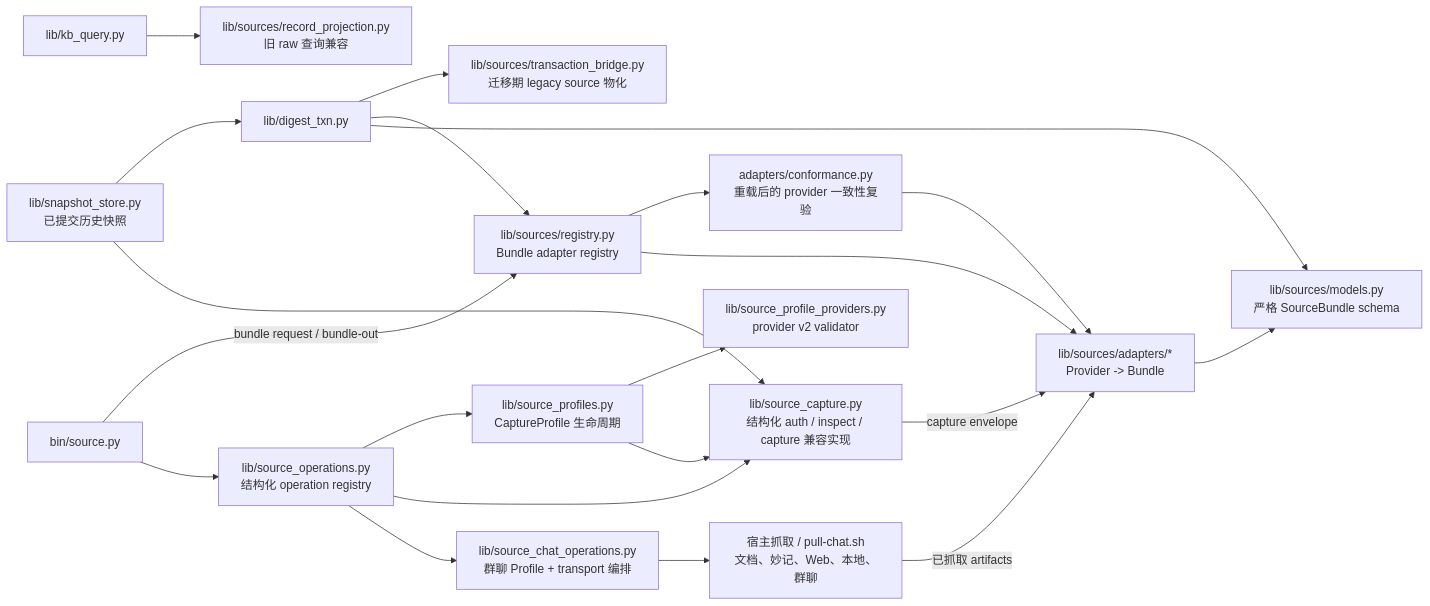
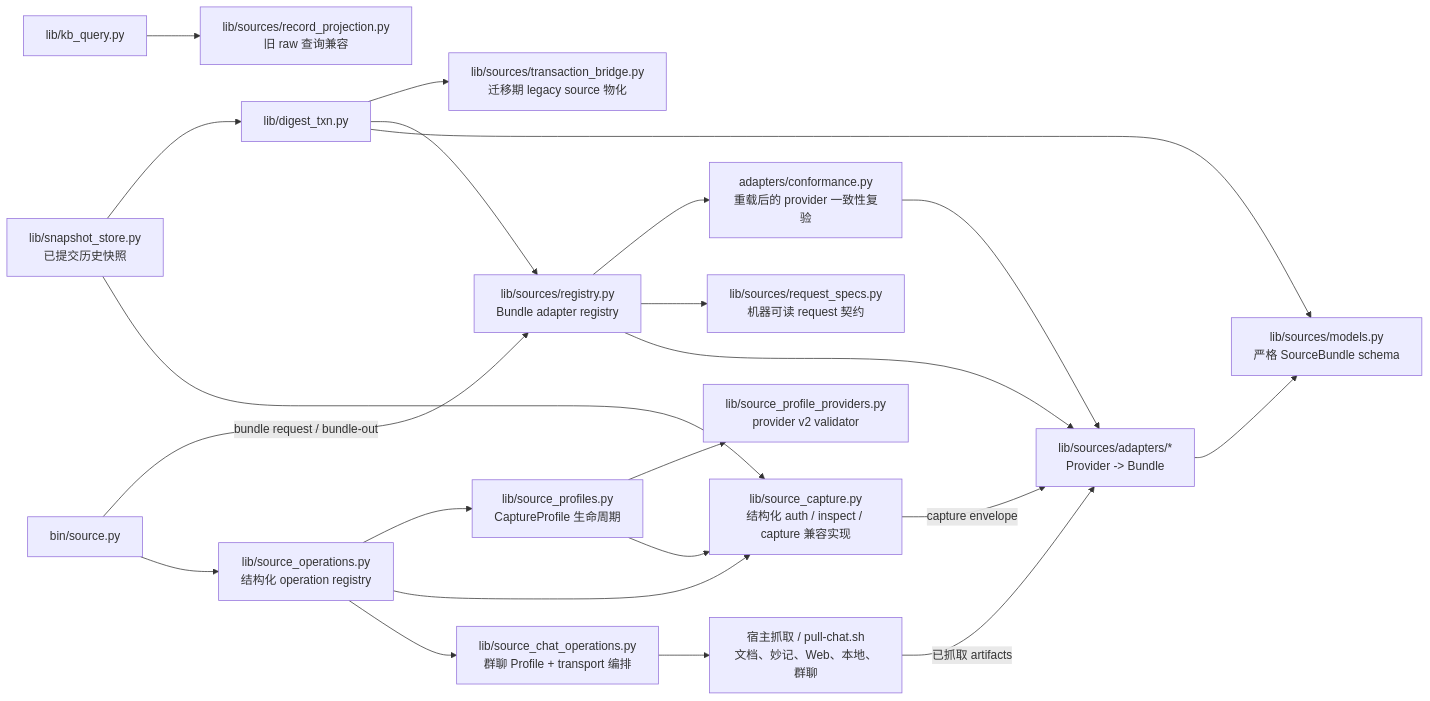
Before and after one commit to ranjiao/byteworker: diagram 13 of 19 in ARCHITECTURE.md, drawn with Mermaid. The commit also changed other lines of this file and 31 other files, not shown here.

````diff
--- a/ARCHITECTURE.md
+++ b/ARCHITECTURE.md
@@ -527,40 +528,42 @@
 ```mermaid
 flowchart LR
     CLI["bin/source.py"]
     OPS["lib/source_operations.py<br/>结构化 operation registry"]
     CHATOPS["lib/source_chat_operations.py<br/>群聊 Profile + transport 编排"]
     CAP["lib/source_capture.py<br/>结构化 auth / inspect / capture 兼容实现"]
     HOST["宿主抓取 / pull-chat.sh<br/>文档、妙记、Web、本地、群聊"]
     PROF["lib/source_profiles.py<br/>CaptureProfile 生命周期"]
     PROFV["lib/source_profile_providers.py<br/>provider v2 validator"]
     ADP["lib/sources/adapters/*<br/>Provider -> Bundle"]
+    SPEC["lib/sources/request_specs.py<br/>机器可读 request 契约"]
     CONF["adapters/conformance.py<br/>重载后的 provider 一致性复验"]
     MODEL["lib/sources/models.py<br/>严格 SourceBundle schema"]
     REG["lib/sources/registry.py<br/>Bundle adapter registry"]
     BRIDGE["lib/sources/transaction_bridge.py<br/>迁移期 legacy source 物化"]
     SNAP["lib/snapshot_store.py<br/>已提交历史快照"]
     PROJ["lib/sources/record_projection.py<br/>旧 raw 查询兼容"]
     TXN["lib/digest_txn.py"]
     QUERY["lib/kb_query.py"]
 
     CLI --> OPS
     OPS --> CHATOPS
     OPS --> CAP
     OPS --> PROF
     CHATOPS --> HOST
     PROF --> CAP
     PROF --> PROFV
     CAP -->|"capture envelope"| ADP
     HOST -->|"已抓取 artifacts"| ADP
     CLI -->|"bundle request / bundle-out"| REG
     REG --> ADP
+    REG --> SPEC
     ADP --> MODEL
     REG --> CONF
     CONF --> ADP
     TXN --> MODEL
     TXN --> REG
     TXN --> BRIDGE
     SNAP --> CAP
     SNAP --> TXN
     QUERY --> PROJ
 ```
````
